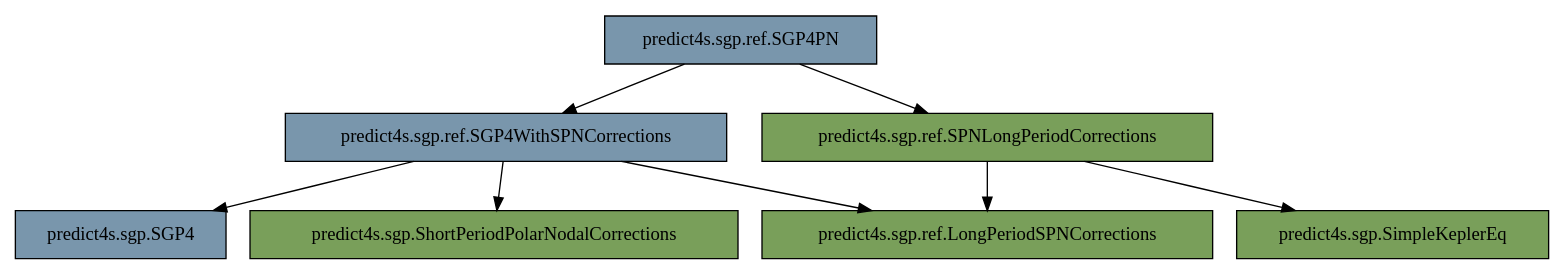
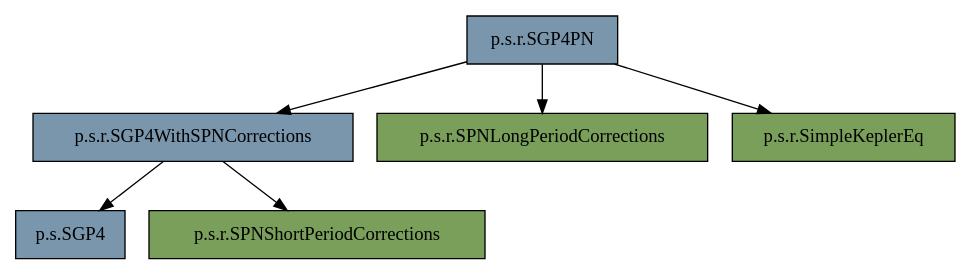
Before and after one commit to pleira/SGP4Extensions: the diagram in doc/graphviz/pn.dot, drawn with Graphviz. The commit also changed other lines of this file and 4 other files, not shown here.

```diff
--- a/doc/graphviz/pn.dot
+++ b/doc/graphviz/pn.dot
@@ -1,23 +1,20 @@
 digraph "diagram" {
 
 node  [shape="record", style="filled"]
 
 edge  [arrowtail="none"]
 
-"predict4s.sgp.SGP4" [fillcolor="#7996AC"]
-"predict4s.sgp.ShortPeriodPolarNodalCorrections" [fillcolor="#799F5A"]
-"predict4s.sgp.SimpleKeplerEq" [fillcolor="#799F5A"]
-"predict4s.sgp.ref.LongPeriodSPNCorrections" [fillcolor="#799F5A"]
-"predict4s.sgp.ref.SGP4PN" [fillcolor="#7996AC"]
-"predict4s.sgp.ref.SGP4WithSPNCorrections" [fillcolor="#7996AC"]
-"predict4s.sgp.ref.SPNLongPeriodCorrections" [fillcolor="#799F5A"]
+"p.s.SGP4" [fillcolor="#7996AC"]
+"p.s.r.SGP4PN" [fillcolor="#7996AC"]
+"p.s.r.SGP4WithSPNCorrections" [fillcolor="#7996AC"]
+"p.s.r.SPNLongPeriodCorrections" [fillcolor="#799F5A"]
+"p.s.r.SPNShortPeriodCorrections" [fillcolor="#799F5A"]
+"p.s.r.SimpleKeplerEq" [fillcolor="#799F5A"]
 
-"predict4s.sgp.ref.SPNLongPeriodCorrections" -> "predict4s.sgp.ref.LongPeriodSPNCorrections"
-"predict4s.sgp.ref.SPNLongPeriodCorrections" -> "predict4s.sgp.SimpleKeplerEq"
-"predict4s.sgp.ref.SGP4WithSPNCorrections" -> "predict4s.sgp.SGP4"
-"predict4s.sgp.ref.SGP4WithSPNCorrections" -> "predict4s.sgp.ref.LongPeriodSPNCorrections"
-"predict4s.sgp.ref.SGP4WithSPNCorrections" -> "predict4s.sgp.ShortPeriodPolarNodalCorrections"
-"predict4s.sgp.ref.SGP4PN" -> "predict4s.sgp.ref.SGP4WithSPNCorrections"
-"predict4s.sgp.ref.SGP4PN" -> "predict4s.sgp.ref.SPNLongPeriodCorrections"
+"p.s.r.SGP4WithSPNCorrections" -> "p.s.SGP4"
+"p.s.r.SGP4WithSPNCorrections" -> "p.s.r.SPNShortPeriodCorrections"
+"p.s.r.SGP4PN" -> "p.s.r.SGP4WithSPNCorrections"
+"p.s.r.SGP4PN" -> "p.s.r.SPNLongPeriodCorrections"
+"p.s.r.SGP4PN" -> "p.s.r.SimpleKeplerEq"
 
 }
```
